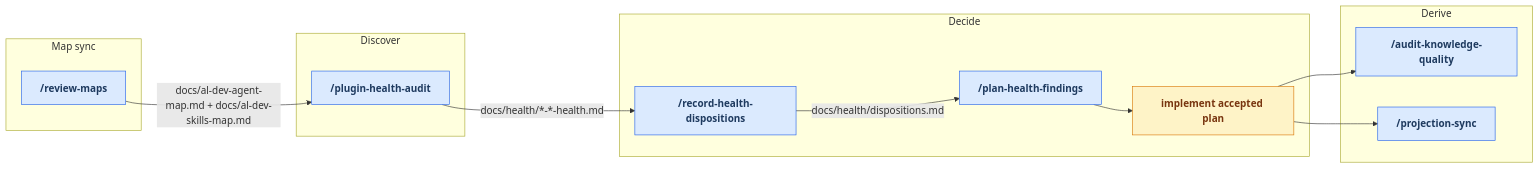
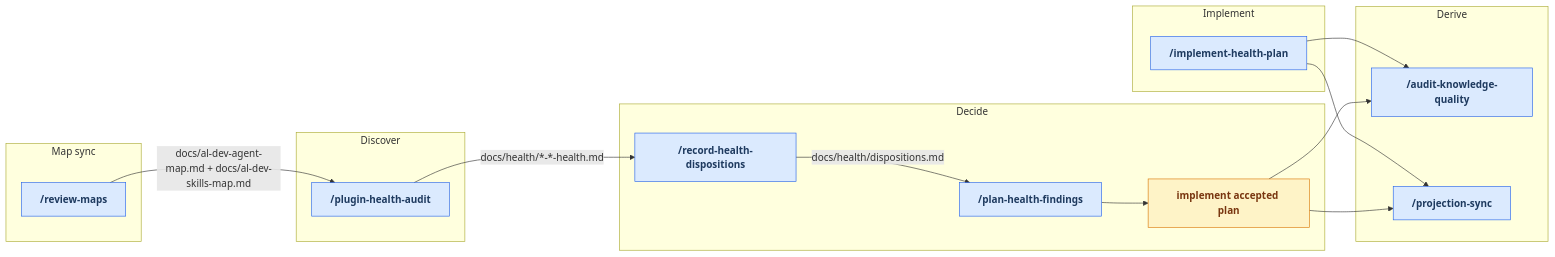
The first of 7 diagrams in docs/maintainer-tooling.md (russell-laing/al-dev-shared), drawn with Mermaid before and after one commit. The commit also changed other lines of this file and 1 other file, not shown here.

First line of the commit message:
feat(tooling): add implement-health-plan skill (Phases 0-5 with ledger close-back)

````diff
--- a/docs/maintainer-tooling.md
+++ b/docs/maintainer-tooling.md
@@ -53,39 +53,46 @@
 ```mermaid
 flowchart LR
     classDef userSkill fill:#dbeafe,stroke:#2563eb,color:#1e3a5f,font-weight:bold
     classDef manualStep fill:#fef3c7,stroke:#d97706,color:#78350f,font-weight:bold
 
     subgraph stage_map_sync["Map sync"]
         skill_review_maps["/review-maps"]
     end
     subgraph stage_discover["Discover"]
         skill_plugin_health_audit["/plugin-health-audit"]
     end
     subgraph stage_decide["Decide"]
         skill_plan_health_findings["/plan-health-findings"]
         manual_plan_health_findings["implement accepted plan"]
         skill_record_health_dispositions["/record-health-dispositions"]
     end
+    subgraph stage_implement["Implement"]
+        skill_implement_health_plan["/implement-health-plan"]
+    end
     subgraph stage_derive["Derive"]
         skill_audit_knowledge_quality["/audit-knowledge-quality"]
         skill_projection_sync["/projection-sync"]
     end
     stage_map_sync ~~~ stage_discover
     stage_discover ~~~ stage_decide
-    stage_decide ~~~ stage_derive
+    stage_decide ~~~ stage_implement
+    stage_implement ~~~ stage_derive
 
+    skill_implement_health_plan --> skill_audit_knowledge_quality
+    skill_implement_health_plan --> skill_projection_sync
     skill_plan_health_findings --> manual_plan_health_findings
     manual_plan_health_findings --> skill_audit_knowledge_quality
     manual_plan_health_findings --> skill_projection_sync
     skill_plugin_health_audit -- "docs/health/*-*-health.md" --> skill_record_health_dispositions
     skill_record_health_dispositions -- "docs/health/dispositions.md" --> skill_plan_health_findings
     skill_review_maps -- "docs/al-dev-agent-map.md + docs/al-dev-skills-map.md" --> skill_plugin_health_audit
 
     class skill_audit_knowledge_quality userSkill
+    class skill_implement_health_plan userSkill
     class skill_plan_health_findings userSkill
     class skill_plugin_health_audit userSkill
     class skill_projection_sync userSkill
     class skill_record_health_dispositions userSkill
     class skill_review_maps userSkill
     class manual_plan_health_findings manualStep
 ```
````
